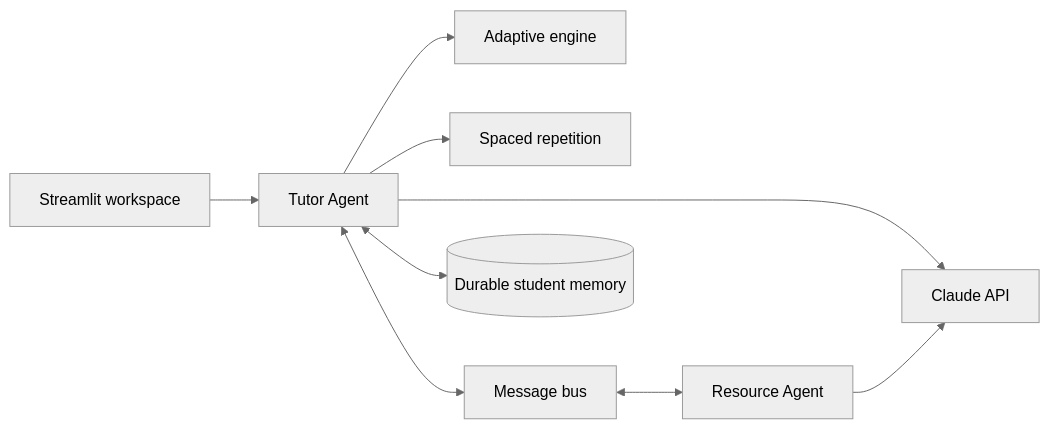
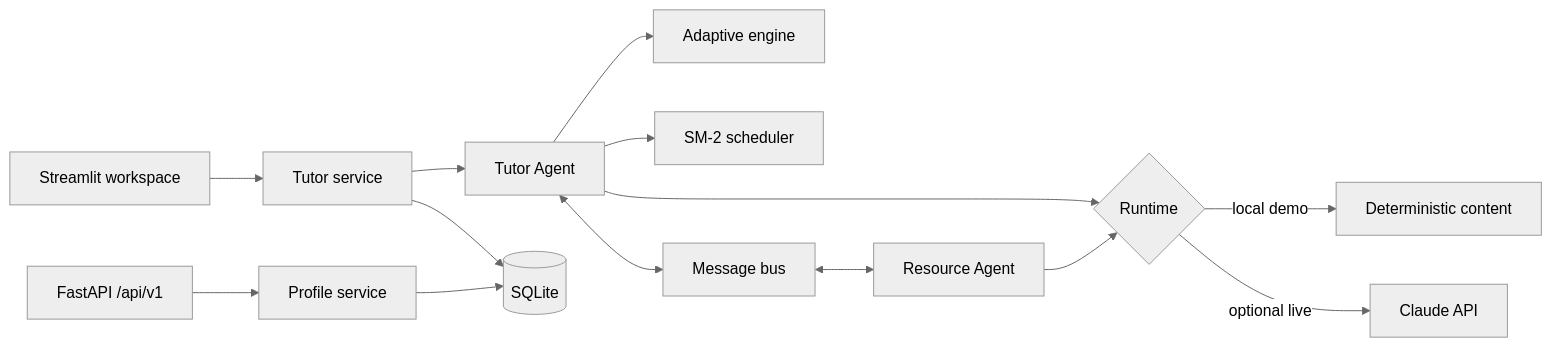
Before and after one commit to PranaPragada7/Study-Tutor-Agent: the diagram in README.md, drawn with Mermaid (neutral theme). The commit also changed other lines of this file and 26 other files, not shown here.

Commit message:
Upgrade Study Tutor local platform and UI

````diff
--- a/README.md
+++ b/README.md
@@ -34,11 +42,16 @@
 ```mermaid
 flowchart LR
-    UI[Streamlit workspace] --> TA[Tutor Agent]
+    UI[Streamlit workspace] --> TS[Tutor service]
+    API[FastAPI /api/v1] --> PS[Profile service]
+    TS --> TA[Tutor Agent]
     TA --> AE[Adaptive engine]
-    TA --> SR[Spaced repetition]
+    TA --> SR[SM-2 scheduler]
     TA <--> MB[Message bus]
     MB <--> RA[Resource Agent]
-    TA --> LLM[Claude API]
-    RA --> LLM
-    TA <--> P[(Durable student memory)]
+    TA --> RT{Runtime}
+    RA --> RT
+    RT -->|local demo| FB[Deterministic content]
+    RT -->|optional live| CL[Claude API]
+    TS --> DB[(SQLite)]
+    PS --> DB
 ```
````
